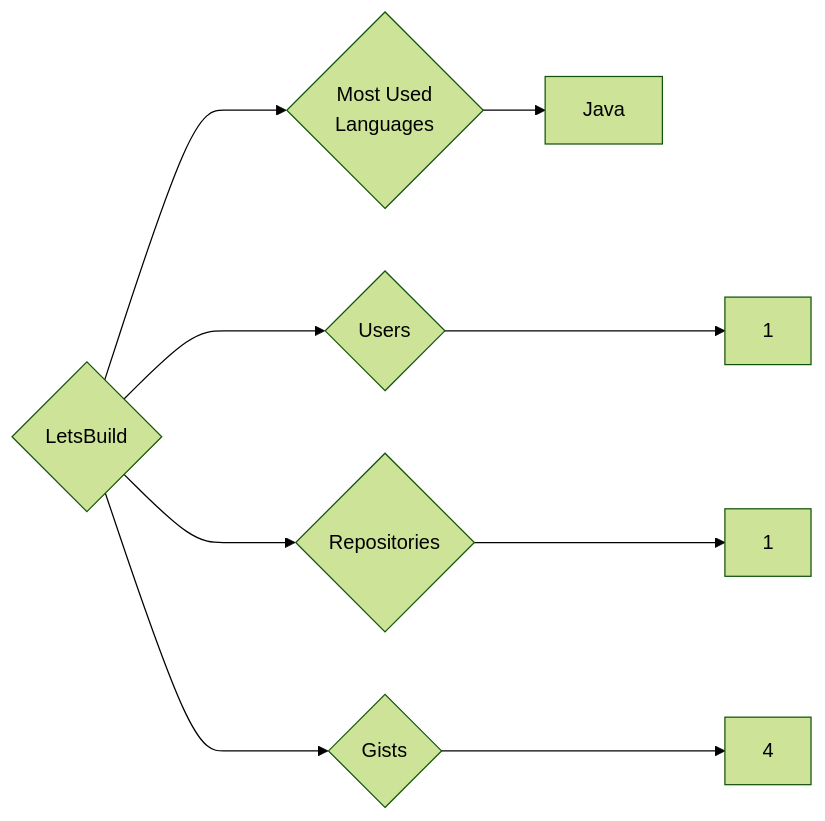
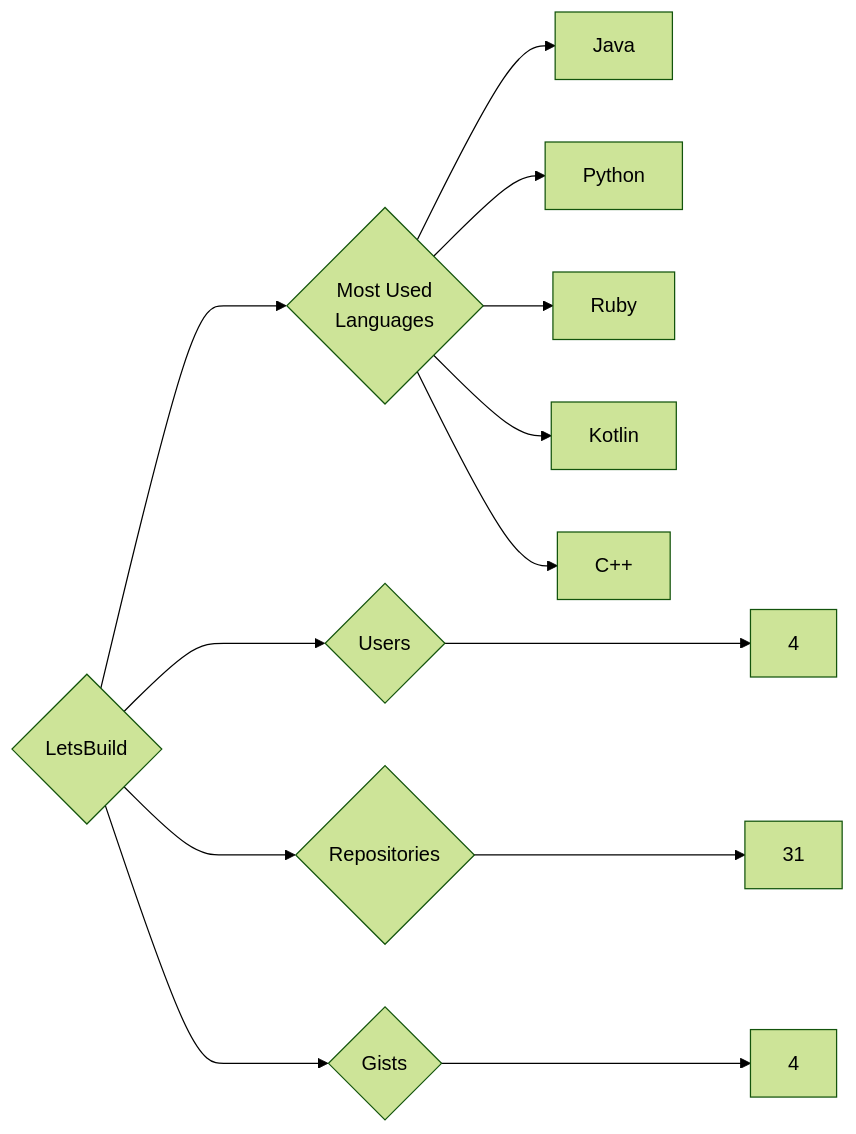
Before and after one commit to trickest/insiders: the diagram in targets/LetsBuild/README.md, drawn with Mermaid (forest theme). The commit also changed 953 other files, not shown here.

````diff
--- a/targets/LetsBuild/README.md
+++ b/targets/LetsBuild/README.md
@@ -3,9 +3,13 @@
 ```mermaid
 graph LR
 COMPANY_NAME{LetsBuild}
-COMPANY_NAME ---> U{Users} ---> UN[1]
-COMPANY_NAME ---> R{Repositories} ---> RN[1]
+COMPANY_NAME ---> U{Users} ---> UN[4]
+COMPANY_NAME ---> R{Repositories} ---> RN[31]
 COMPANY_NAME ---> G{Gists} ---> GN[4]
 COMPANY_NAME ---> ML{Most Used<br>Languages}
 ML --> Java[Java]
+ML --> Python[Python]
+ML --> Ruby[Ruby]
+ML --> Kotlin[Kotlin]
+ML --> C++[C++]
 ```
````
